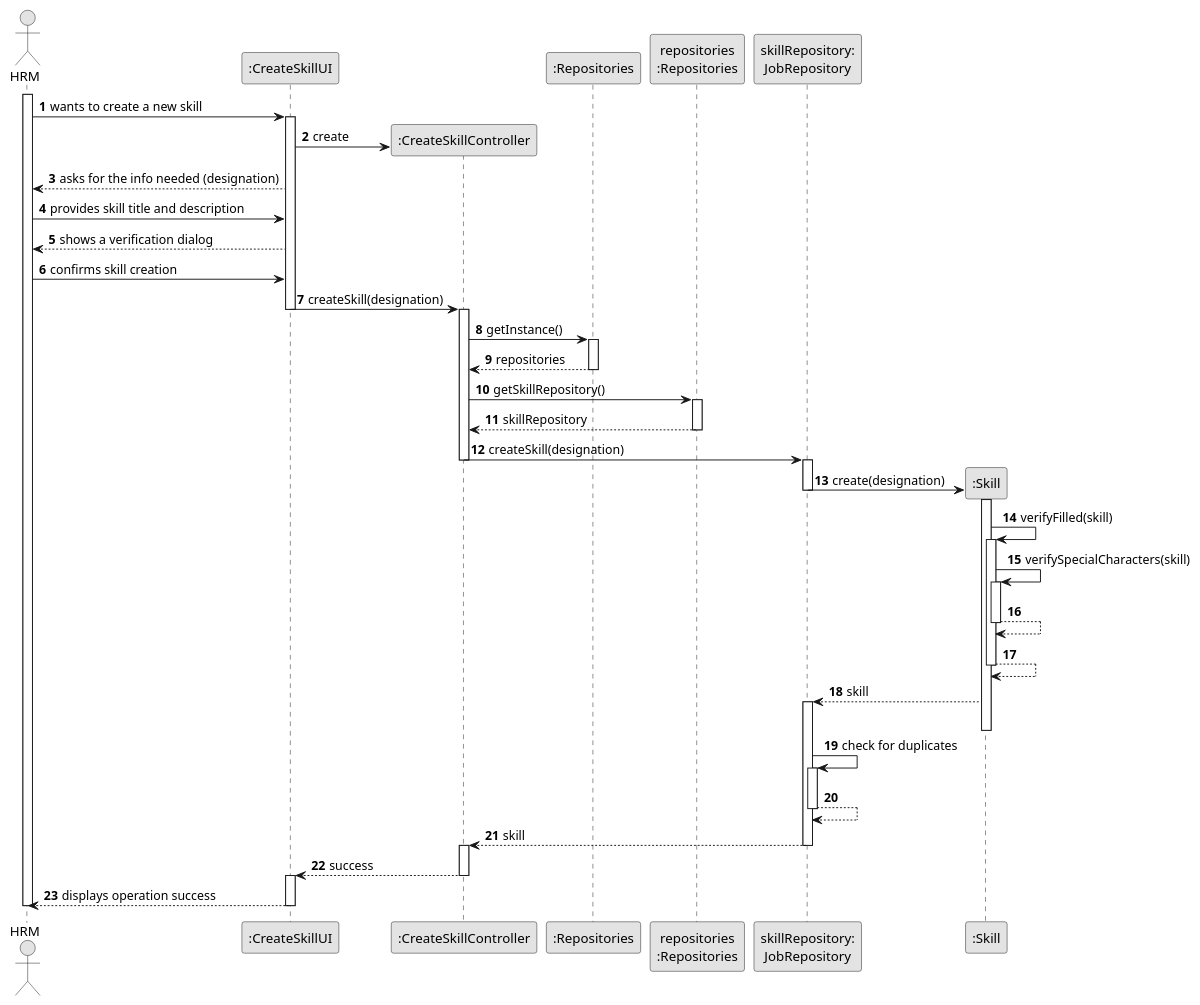
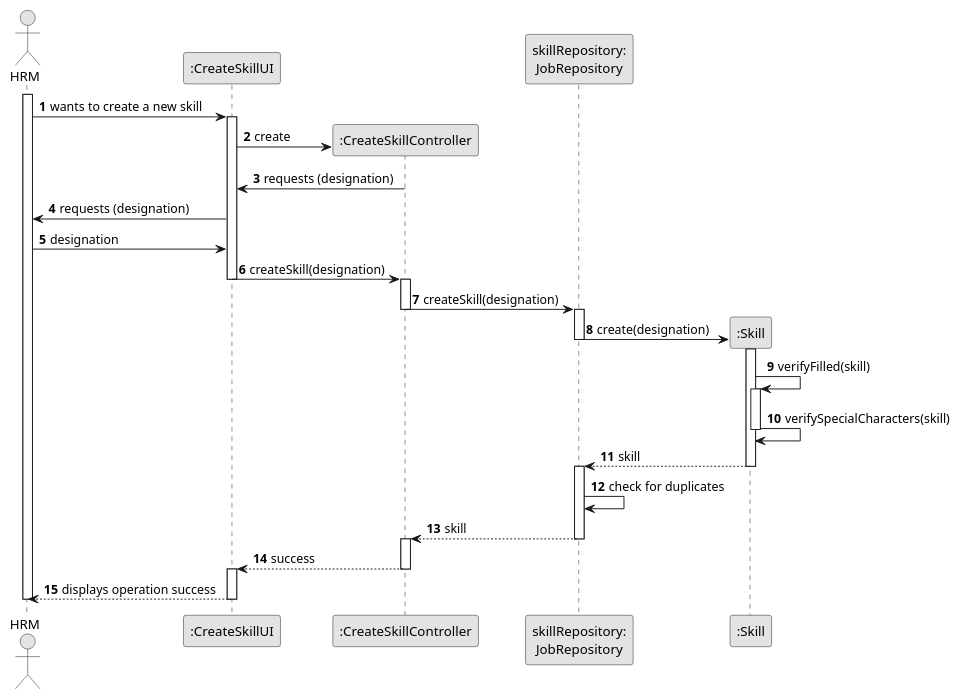
Before and after one commit to ricardomm7/leaflink: the diagram in docs/sprintB/us001/03.design/puml/us001-sequence-diagram-full.puml, drawn with PlantUML.

Commit message:
LFC2-83<US001 design folder>

```diff
--- a/docs/sprintB/us001/03.design/puml/us001-sequence-diagram-full.puml
+++ b/docs/sprintB/us001/03.design/puml/us001-sequence-diagram-full.puml
@@ -1,78 +1,59 @@
 @startuml
 skinparam monochrome true
 skinparam packageStyle rectangle
 skinparam shadowing false
 
 autonumber
 
 actor "HRM" as Employee
 participant ":CreateSkillUI" as UI
 participant ":CreateSkillController" as CTRL
-participant ":Repositories" as GlobRepo
-participant "repositories\n:Repositories" as PLAT
 participant "skillRepository:\nJobRepository" as skillRepository
 participant ":Skill" as Skill
 
 activate Employee
 Employee -> UI : wants to create a new skill
 activate UI
+
 UI -> CTRL** : create
-UI --> Employee : asks for the info needed (designation)
-Employee -> UI : provides skill title and description
-UI --> Employee : shows a verification dialog
-Employee -> UI : confirms skill creation
-
-
+CTRL -> UI: requests (designation)
+UI -> Employee : requests (designation)
+Employee -> UI: designation
 UI -> CTRL : createSkill(designation)
 deactivate UI
 activate CTRL
-CTRL -> GlobRepo : getInstance()
-activate GlobRepo
-GlobRepo --> CTRL : repositories
-deactivate GlobRepo
-
-CTRL -> PLAT : getSkillRepository()
-activate PLAT
-PLAT -->  CTRL: skillRepository
-deactivate PLAT
 
 CTRL -> skillRepository : createSkill(designation)
 deactivate CTRL
 activate skillRepository
 
     skillRepository -> Skill** : create(designation)
     deactivate skillRepository
 
         activate Skill
 
     Skill -> Skill : verifyFilled(skill)
         activate Skill
         Skill -> Skill : verifySpecialCharacters(skill)
-        activate Skill
-        Skill --> Skill
-        deactivate Skill
-    Skill --> Skill
     deactivate Skill
-    'Job -> Job : addJob(job)
+
     Skill --> skillRepository : skill
+     deactivate Skill
     activate skillRepository
-    deactivate Skill
+
     skillRepository -> skillRepository : check for duplicates
-    activate skillRepository
-    skillRepository --> skillRepository
-    deactivate skillRepository
     deactivate Skill
 skillRepository --> CTRL : skill
 deactivate skillRepository
 activate CTRL
 deactivate skillRepository
 
 CTRL --> UI : success
 deactivate CTRL
 activate UI
 UI --> Employee : displays operation success
 
 deactivate UI
 deactivate Employee
 
 @enduml
```
